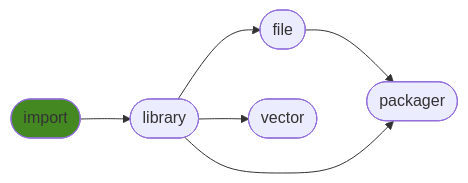
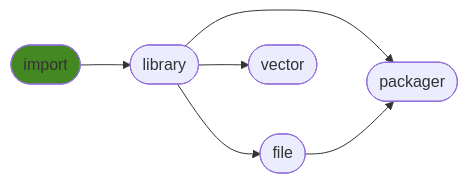
One commit to ManderaGeneral/generalimport changed the diagram in README.md. Above: the diagram before and after it, drawn with Mermaid. The commit also changed other lines of this file, not shown here.

````diff
--- a/README.md
+++ b/README.md
@@ -22,14 +20,14 @@
 ```mermaid
 flowchart LR
+1([library]) --> 4([packager])
 1([library]) --> 2([file])
 2([file]) --> 4([packager])
+0([import]) --> 1([library])
 1([library]) --> 3([vector])
-0([import]) --> 1([library])
-1([library]) --> 4([packager])
 click 0 "https://github.com/ManderaGeneral/generalimport"
 click 1 "https://github.com/ManderaGeneral/generallibrary"
 click 2 "https://github.com/ManderaGeneral/generalfile"
 click 3 "https://github.com/ManderaGeneral/generalvector"
 click 4 "https://github.com/ManderaGeneral/generalpackager"
 style 0 fill:#482
 ```
````
